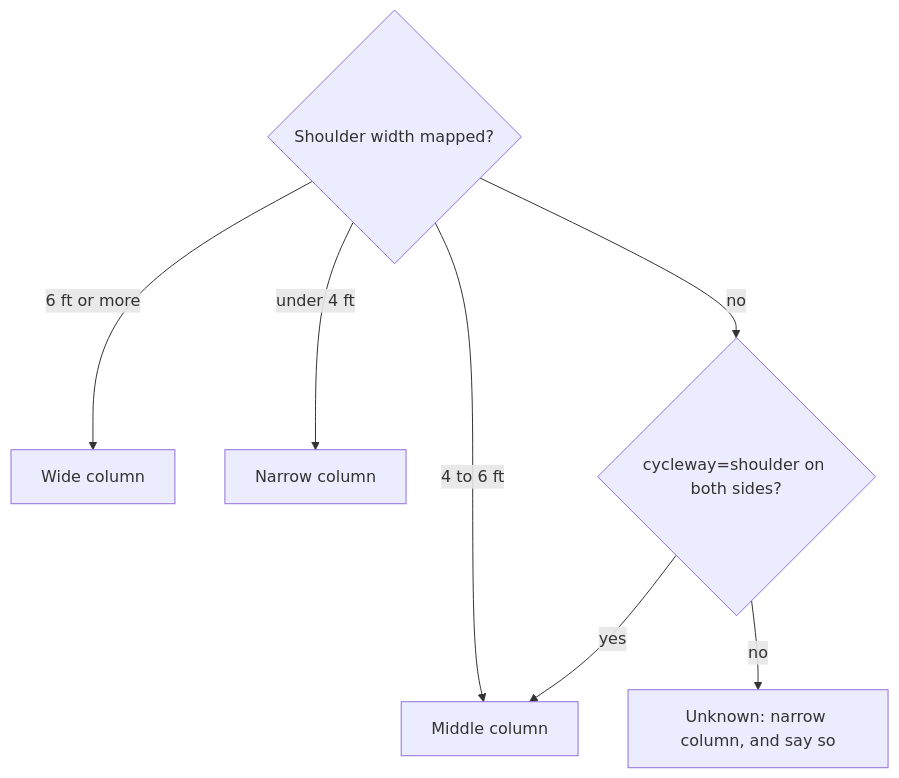
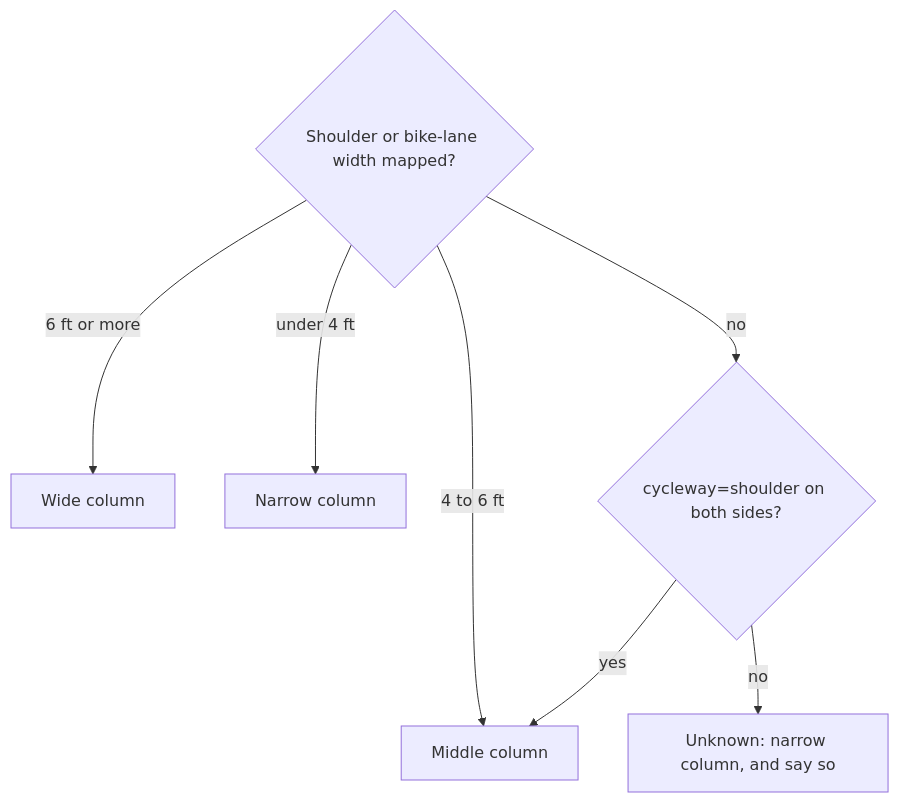
Before and after one commit to Macrophage87/RouteMaker: the eighth of 13 diagrams in docs/stress/classification.md, drawn with Mermaid. The commit also changed other lines of this file and 1 other file, not shown here.

First line of the commit message:
Stress docs, review r1: speeds by state, measured class counts, the rural table, the missing-data rule, the service-road diagram

````diff
--- a/docs/stress/classification.md
+++ b/docs/stress/classification.md
@@ -492,9 +591,9 @@
 ```mermaid
 flowchart TD
-    A{"Shoulder width mapped?"} -- "6 ft or more" --> W["Wide column"]
+    A{"Shoulder or bike-lane width mapped?"} -- "6 ft or more" --> W["Wide column"]
     A -- "4 to 6 ft" --> R["Middle column"]
     A -- "under 4 ft" --> N["Narrow column"]
     A -- no --> B{"cycleway=shoulder on both sides?"}
     B -- yes --> R
     B -- no --> U["Unknown: narrow column, and say so"]
 ```
````
